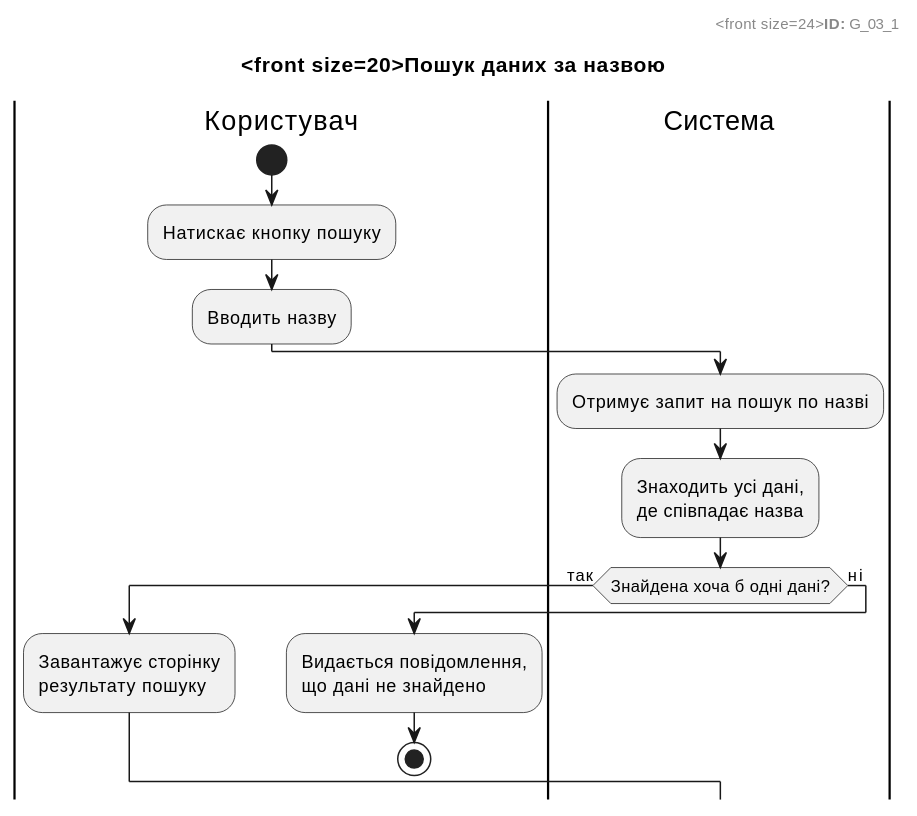
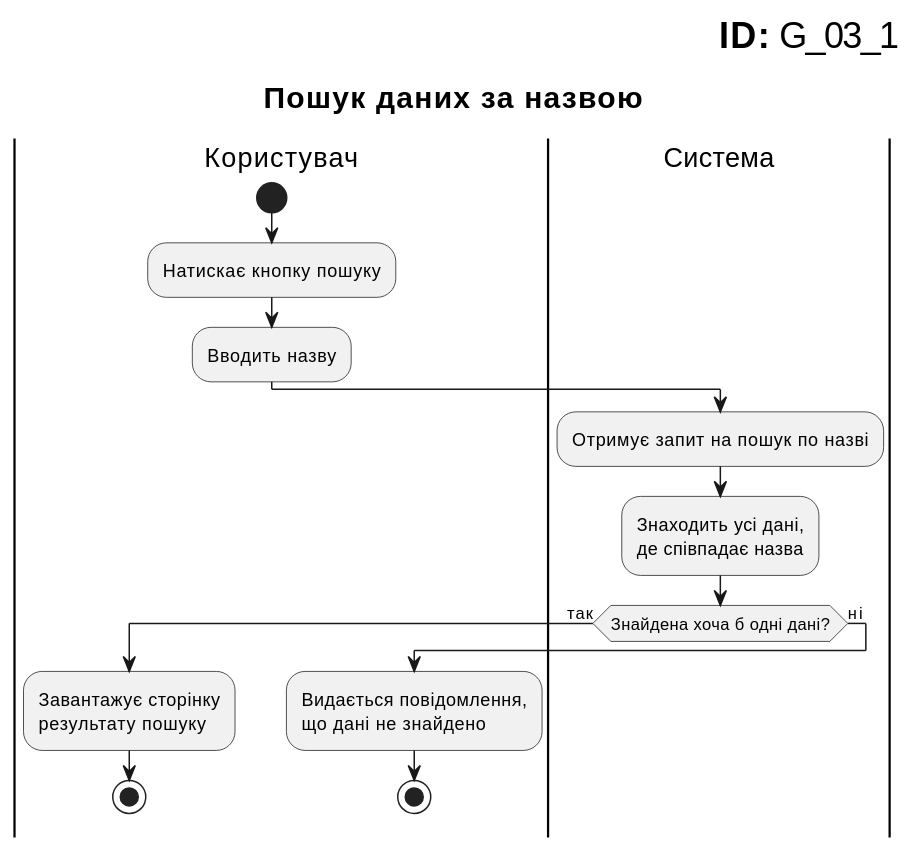
Before and after one commit to kkatkot/Theme2: the eighth of 15 diagrams in docs/use cases/README.md, drawn with PlantUML. The commit also changed other lines of this file, not shown here.

```diff
--- a/docs/use cases/README.md
+++ b/docs/use cases/README.md
@@ -402,28 +402,28 @@
 @startuml
 
     right header
-        <front size=24><b>ID:</b> G_03_1
+        <font size=24 color=black><b>ID:</b> G_03_1
     end header
 
     title
-        <front size=20>Пошук даних за назвою
+        <font size=20>Пошук даних за назвою
     end title
 
     |Користувач|
     start
     :Натискає кнопку пошуку;
     :Вводить назву;
     
     |Система|
     :Отримує запит на пошук по назві;
     :Знаходить усі дані,\nде співпадає назва;
     if (Знайдена хоча б одні дані?) then (так) 
         |Користувач|
         :Завантажує сторінку\nрезультату пошуку;
+        stop
     else (ні)
         |Користувач|
         :Видається повідомлення,\nщо дані не знайдено;
-
-    stop
+        stop
 
 @enduml
```
